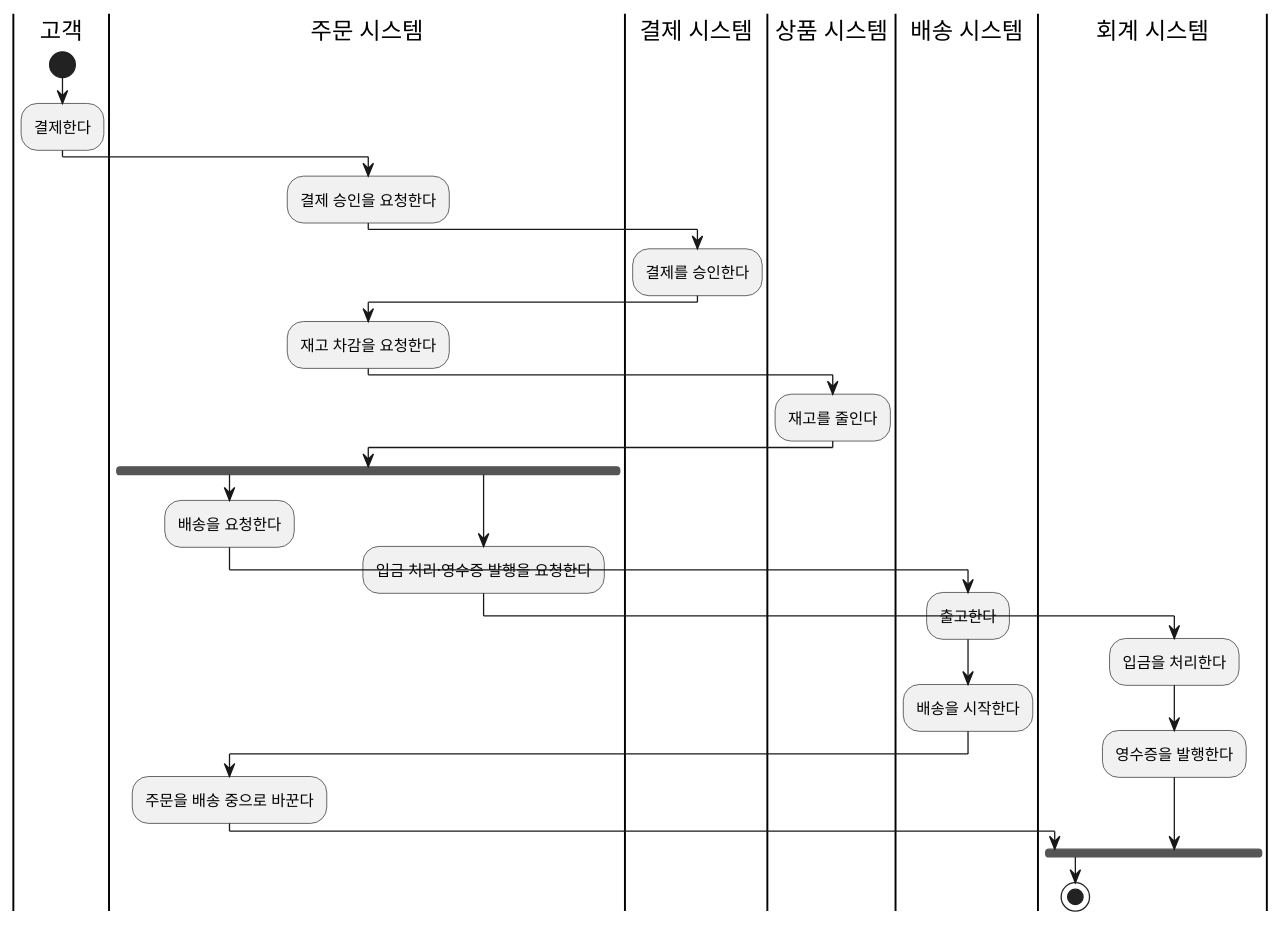
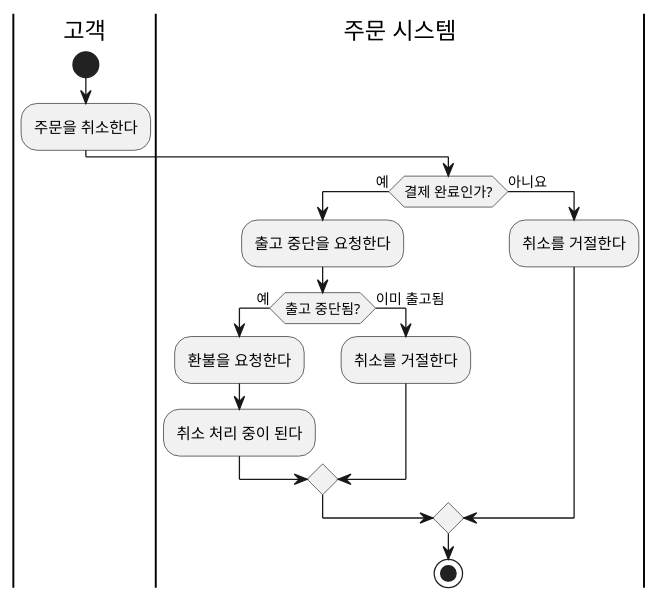
One commit to YoungSan77/TrainingMaterials changed the fifth of 19 diagrams in courses/ooad/sessions/s04.md. Above: the diagram before and after it, drawn with PlantUML. The commit also changed other lines of this file and 44 other files, not shown here.

````diff
--- a/courses/ooad/sessions/s04.md
+++ b/courses/ooad/sessions/s04.md
@@ -434,30 +433,20 @@
 ```plantuml:activity
 @startuml
 |고객|
 start
-:결제한다;
+:주문을 취소한다;
 |주문 시스템|
-:결제 승인을 요청한다;
-|결제 시스템|
-:결제를 승인한다;
-|주문 시스템|
-:재고 차감을 요청한다;
-|상품 시스템|
-:재고를 줄인다;
-|주문 시스템|
-fork
-  :배송을 요청한다;
-  |배송 시스템|
-  :출고한다;
-  :배송을 시작한다;
-  |주문 시스템|
-  :주문을 배송 중으로 바꾼다;
-fork again
-  :입금 처리·영수증 발행을 요청한다;
-  |회계 시스템|
-  :입금을 처리한다;
-  :영수증을 발행한다;
-end fork
+if (결제 완료인가?) then (예)
+  :출고 중단을 요청한다;
+  if (출고 중단됨?) then (예)
+    :환불을 요청한다;
+    :취소 처리 중이 된다;
+  else (이미 출고됨)
+    :취소를 거절한다;
+  endif
+else (아니요)
+  :취소를 거절한다;
+endif
 stop
 @enduml
 ```
````
